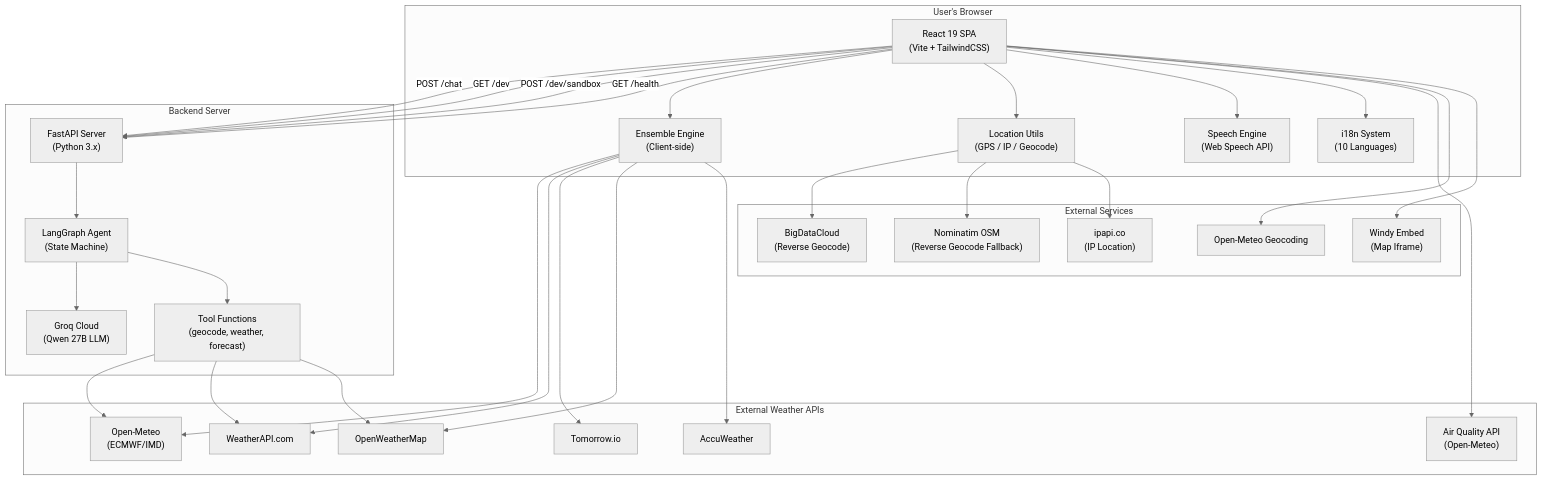
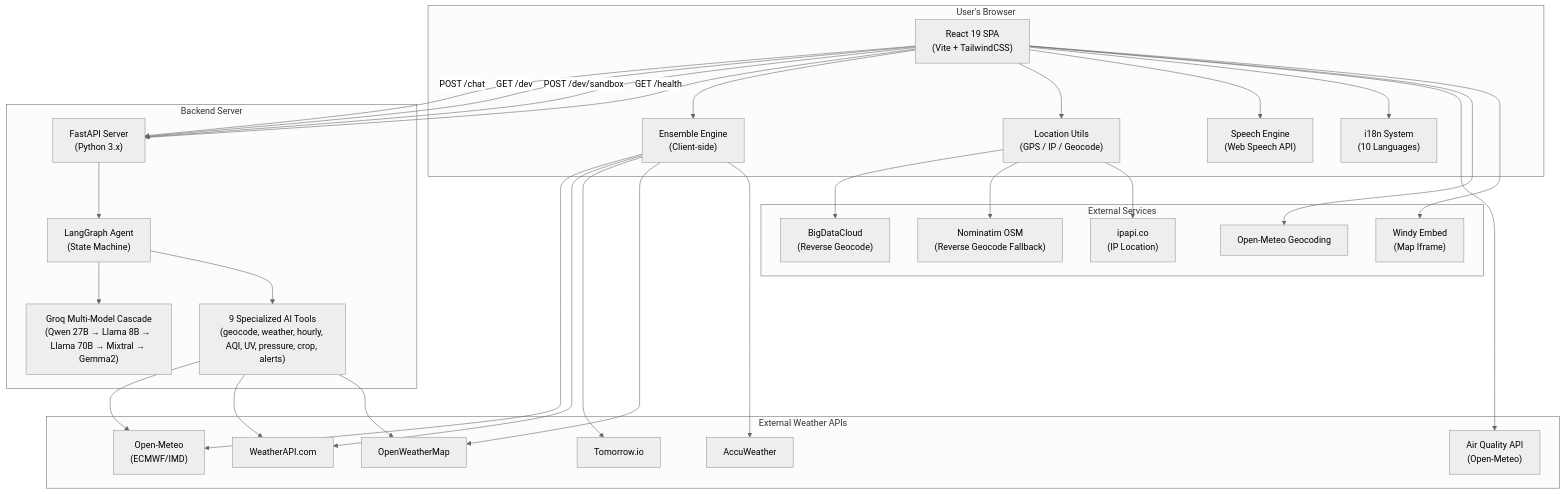
One commit to omsenjalia/weathergpt changed the first of 11 diagrams in frontend/WeatherGPT_Architecture.md. Above: the diagram before and after it, drawn with Mermaid (neutral theme). The commit also changed other lines of this file, not shown here.

Commit message:
docs: update WeatherGPT_Architecture.md with multi-model cascade, 9 specialized tools, domain guardrails, vector branding, and Vercel build flags

````diff
--- a/frontend/WeatherGPT_Architecture.md
+++ b/frontend/WeatherGPT_Architecture.md
@@ -50,65 +53,65 @@
 ```mermaid
 graph TB
     subgraph "User's Browser"
         UI["React 19 SPA<br/>(Vite + TailwindCSS)"]
         EE["Ensemble Engine<br/>(Client-side)"]
         LOC["Location Utils<br/>(GPS / IP / Geocode)"]
         TTS["Speech Engine<br/>(Web Speech API)"]
         I18N["i18n System<br/>(10 Languages)"]
     end
 
     subgraph "Backend Server"
         API["FastAPI Server<br/>(Python 3.x)"]
         AGT["LangGraph Agent<br/>(State Machine)"]
-        LLM["Groq Cloud<br/>(Qwen 27B LLM)"]
-        TOOLS["Tool Functions<br/>(geocode, weather, forecast)"]
+        LLM["Groq Multi-Model Cascade<br/>(Qwen 27B → Llama 8B → Llama 70B → Mixtral → Gemma2)"]
+        TOOLS["9 Specialized AI Tools<br/>(geocode, weather, hourly, AQI, UV, pressure, crop, alerts)"]
     end
 
     subgraph "External Weather APIs"
         OM["Open-Meteo<br/>(ECMWF/IMD)"]
         WA["WeatherAPI.com"]
         TM["Tomorrow.io"]
         OWM["OpenWeatherMap"]
         AW["AccuWeather"]
         AQ["Air Quality API<br/>(Open-Meteo)"]
     end
 
     subgraph "External Services"
         GEO["Open-Meteo Geocoding"]
         BDC["BigDataCloud<br/>(Reverse Geocode)"]
         NOM["Nominatim OSM<br/>(Reverse Geocode Fallback)"]
         IPA["ipapi.co<br/>(IP Location)"]
         WDY["Windy Embed<br/>(Map Iframe)"]
     end
 
     UI -->|"POST /chat"| API
     UI -->|"GET /dev"| API
     UI -->|"POST /dev/sandbox"| API
     UI -->|"GET /health"| API
 
     API --> AGT
     AGT --> LLM
     AGT --> TOOLS
     TOOLS --> OM
     TOOLS --> WA
     TOOLS --> OWM
 
     EE --> OM
     EE --> WA
     EE --> TM
     EE --> OWM
     EE --> AW
 
     UI --> EE
     UI --> LOC
     UI --> TTS
     UI --> I18N
 
     LOC --> BDC
     LOC --> NOM
     LOC --> IPA
 
     UI --> AQ
     UI --> GEO
     UI --> WDY
 ```
````
